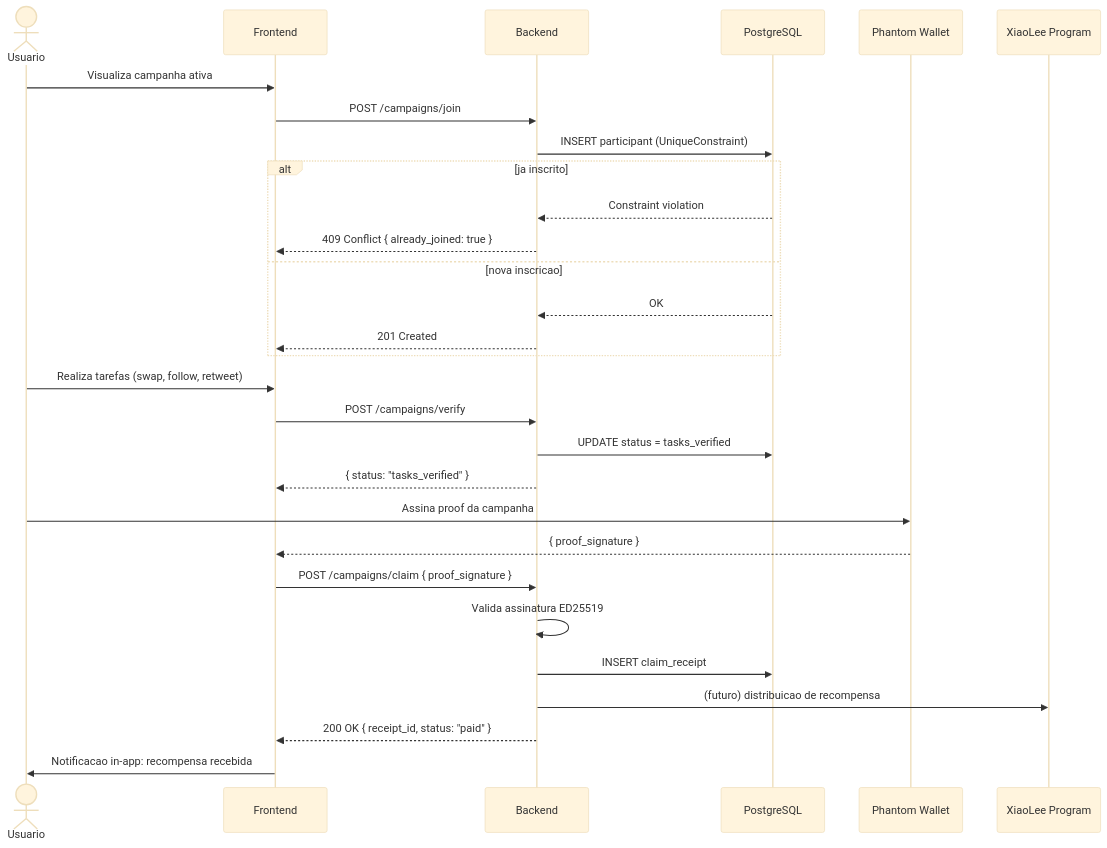
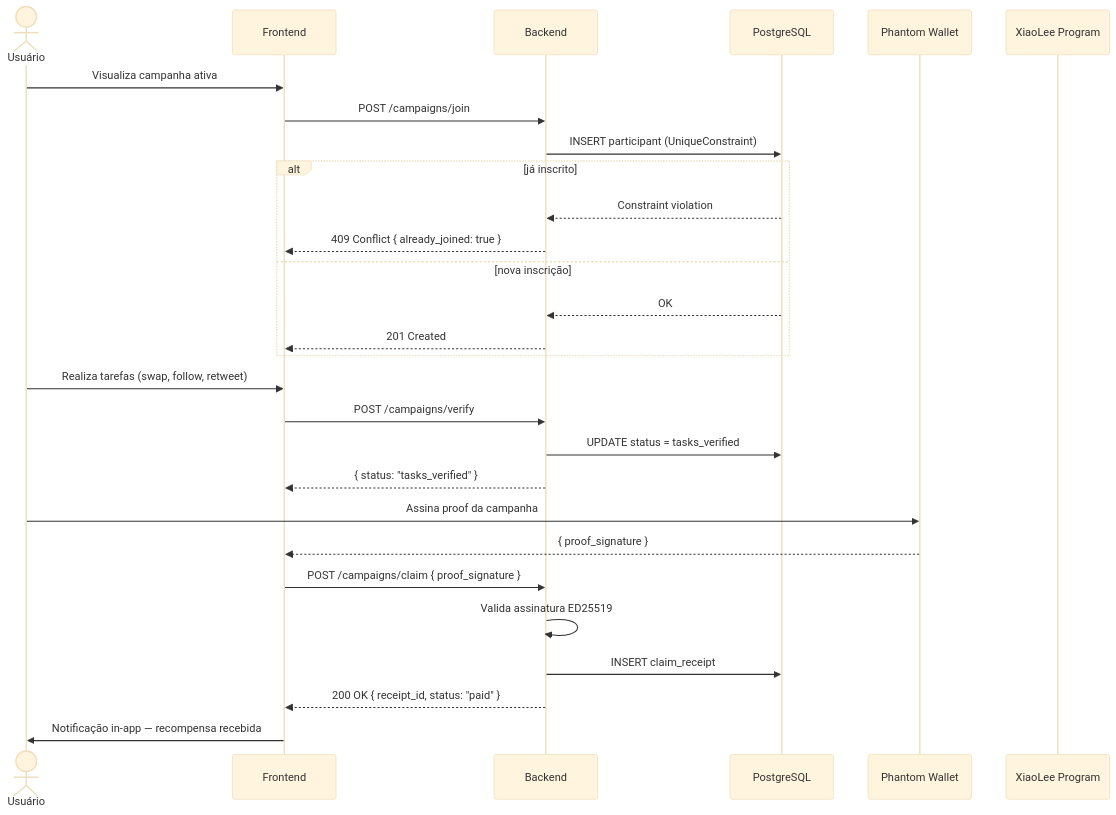
The third of 4 diagrams in README.md (ParaDevs-Brasil/XiaoLee), drawn with Mermaid (base theme) before and after one commit. The commit also changed other lines of this file and 19 other files, not shown here.

````diff
--- a/README.md
+++ b/README.md
@@ -164,34 +175,33 @@
 ```mermaid
 sequenceDiagram
-    actor U as Usuario
+    actor U as Usuário
     participant FE as Frontend
     participant API as Backend
     participant DB as PostgreSQL
     participant W as Phantom Wallet
     participant PROG as XiaoLee Program
 
     U->>FE: Visualiza campanha ativa
     FE->>API: POST /campaigns/join
     API->>DB: INSERT participant (UniqueConstraint)
-    alt ja inscrito
+    alt já inscrito
         DB-->>API: Constraint violation
         API-->>FE: 409 Conflict { already_joined: true }
-    else nova inscricao
+    else nova inscrição
         DB-->>API: OK
         API-->>FE: 201 Created
     end
 
     U->>FE: Realiza tarefas (swap, follow, retweet)
     FE->>API: POST /campaigns/verify
     API->>DB: UPDATE status = tasks_verified
     API-->>FE: { status: "tasks_verified" }
 
     U->>W: Assina proof da campanha
     W-->>FE: { proof_signature }
     FE->>API: POST /campaigns/claim { proof_signature }
     API->>API: Valida assinatura ED25519
     API->>DB: INSERT claim_receipt
-    API->>PROG: (futuro) distribuicao de recompensa
     API-->>FE: 200 OK { receipt_id, status: "paid" }
-    FE->>U: Notificacao in-app: recompensa recebida
+    FE->>U: Notificação in-app — recompensa recebida
 ```
````
